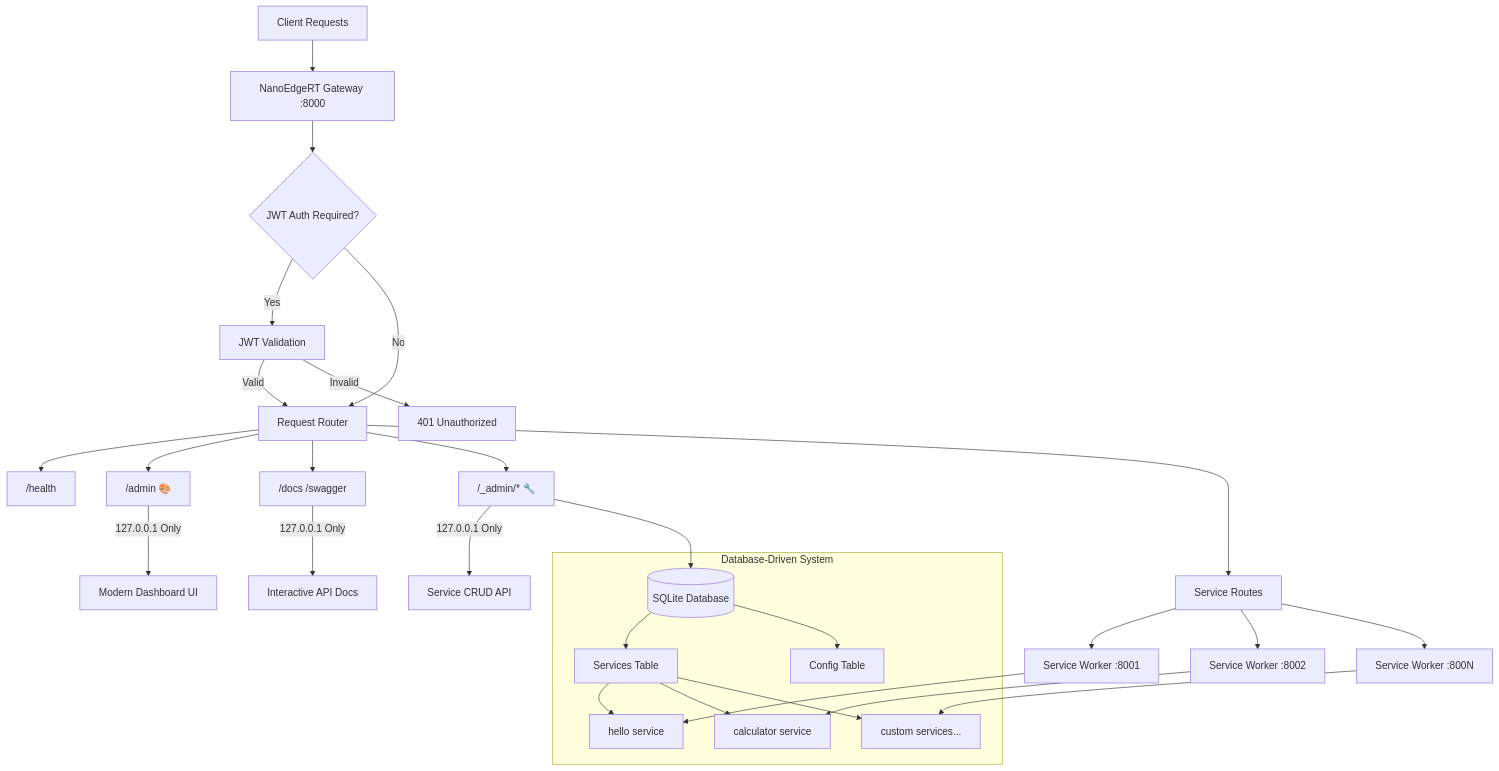
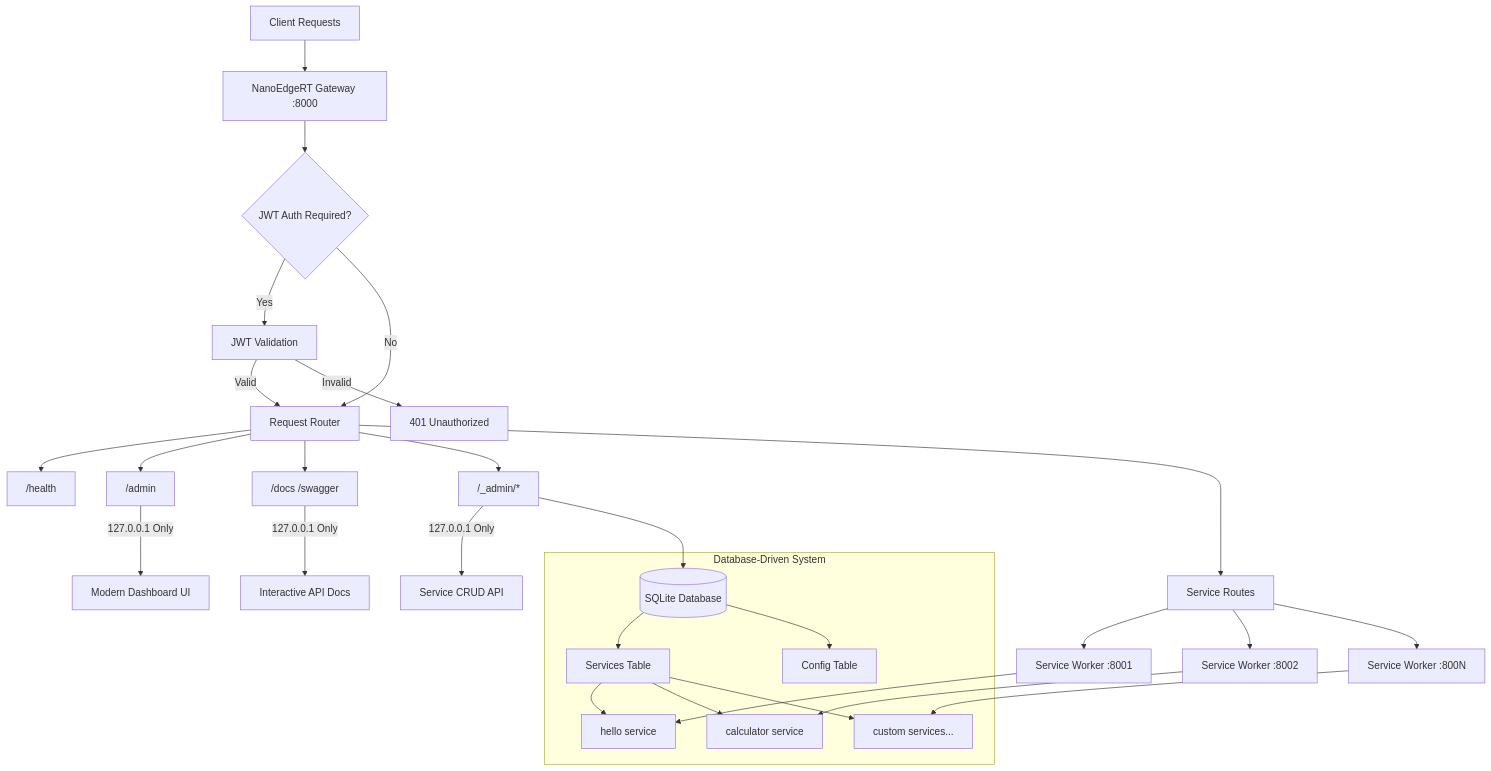
Before and after one commit to NanoInfra/NanoEdgeRT: the first of 2 diagrams in README.md, drawn with Mermaid. The commit also changed other lines of this file and 3 other files, not shown here.

````diff
--- a/README.md
+++ b/README.md
@@ -31,36 +31,36 @@
 ```mermaid
 graph TB
     Client[Client Requests] --> Gateway[NanoEdgeRT Gateway :8000]
     Gateway --> Auth{JWT Auth Required?}
     Auth -->|Yes| JWT[JWT Validation]
     Auth -->|No| Router[Request Router]
     JWT -->|Valid| Router
     JWT -->|Invalid| Error[401 Unauthorized]
     
     Router --> Health["/health"]
-    Router --> AdminUI["/admin 🎨"]
+    Router --> AdminUI["/admin"]
     Router --> Docs["/docs /swagger"]
-    Router --> AdminAPI["/_admin/* 🔧"]
+    Router --> AdminAPI["/_admin/*"]
     Router --> Services[Service Routes]
     
     AdminUI -->|127.0.0.1 Only| Dashboard[Modern Dashboard UI]
     Docs -->|127.0.0.1 Only| SwaggerUI[Interactive API Docs]
     AdminAPI -->|127.0.0.1 Only| CRUD[Service CRUD API]
     AdminAPI --> Database[(SQLite Database)]
     
     Services --> Worker1[Service Worker :8001]
     Services --> Worker2[Service Worker :8002]
     Services --> WorkerN[Service Worker :800N]
     
     subgraph "Database-Driven System"
         Database --> ServiceTable[Services Table]
         Database --> ConfigTable[Config Table]
         ServiceTable --> ServiceRecord1[hello service]
         ServiceTable --> ServiceRecord2[calculator service]
         ServiceTable --> ServiceRecordN[custom services...]
     end
     
     Worker1 --> ServiceRecord1
     Worker2 --> ServiceRecord2
     WorkerN --> ServiceRecordN
 ```
````
